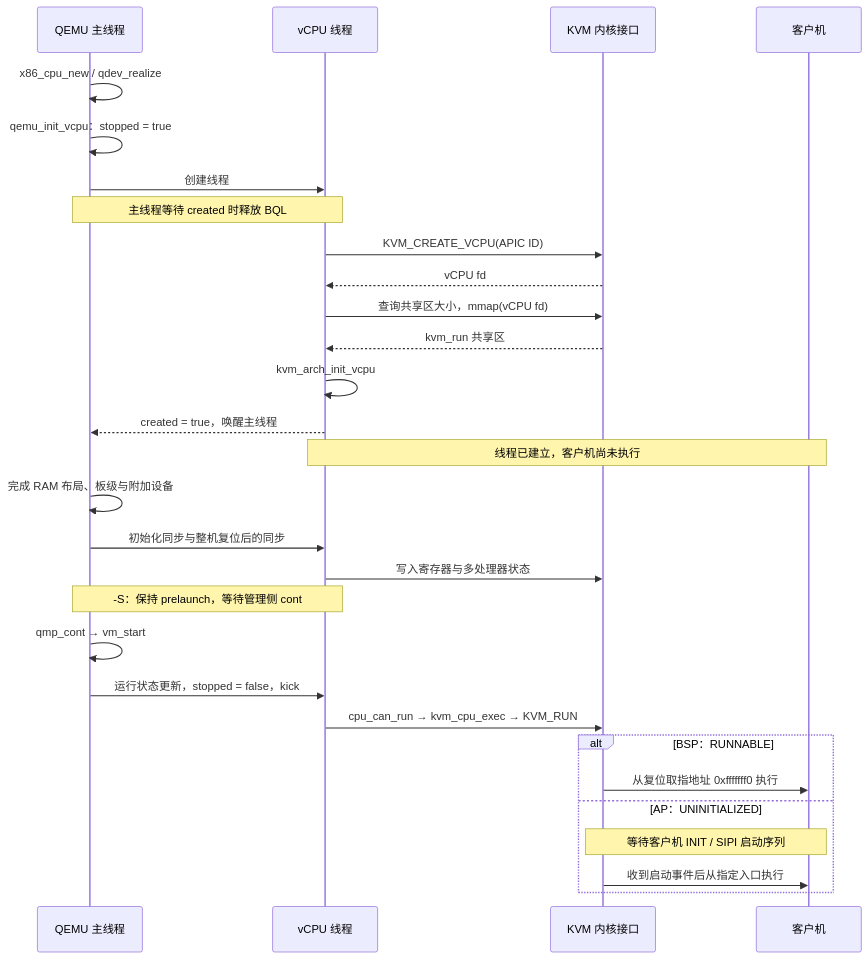
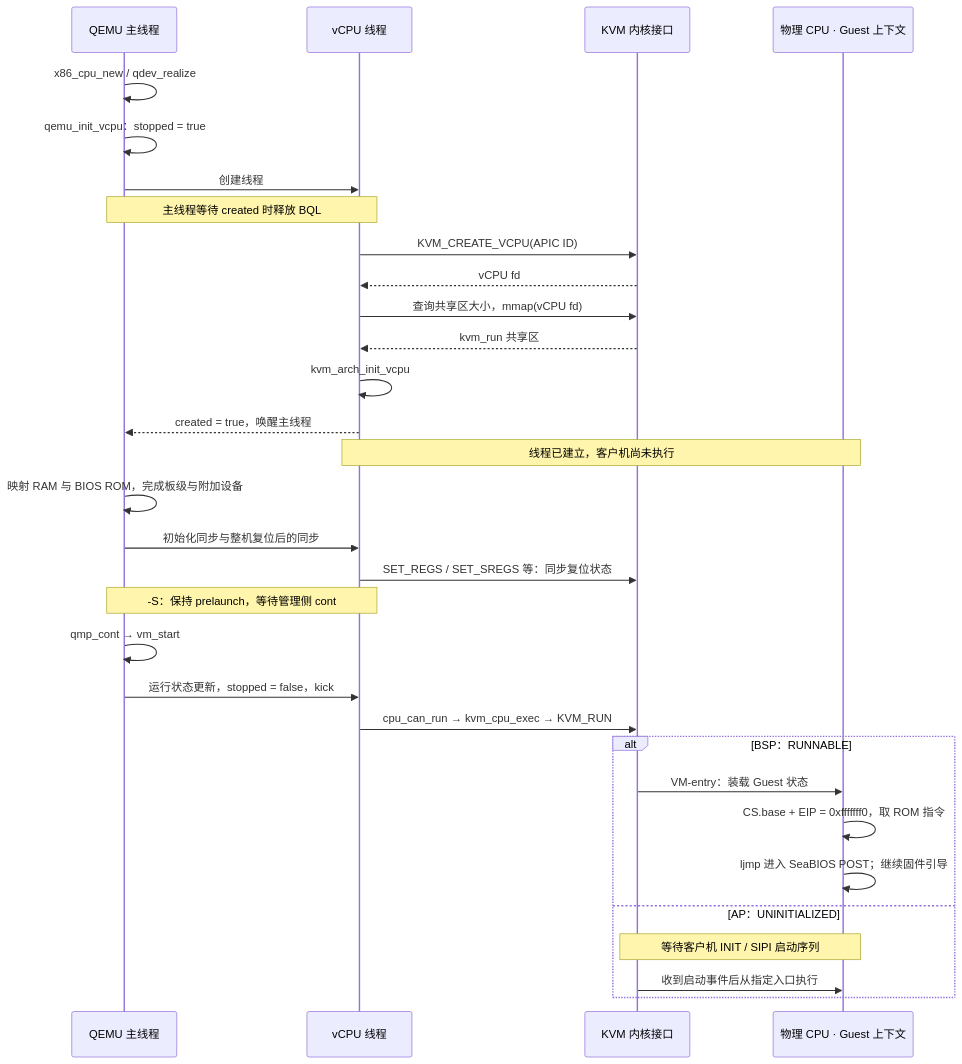
Before and after one commit to taifuer/virt_report: the diagram in virt_report/content/diagrams/qemu-startup-vcpu.mmd, drawn with Mermaid. The commit also changed 181 other files, not shown here.

```diff
--- a/virt_report/content/diagrams/qemu-startup-vcpu.mmd
+++ b/virt_report/content/diagrams/qemu-startup-vcpu.mmd
@@ -1,31 +1,33 @@
 sequenceDiagram
   accTitle: vCPU 创建握手与首次执行
-  accDescr: 主线程创建 CPU 对象并等待 vCPU 线程建立内核接口。线程完成 KVM_CREATE_VCPU 与 kvm_run 映射后报告 created，保持 stopped。机器初始化、复位和寄存器同步完成，cont 才允许执行；BSP 执行固件，AP 等待 INIT 和 SIPI。
+  accDescr: 主线程创建 CPU 对象并等待 vCPU 线程建立内核接口。机器初始化映射 BIOS ROM，复位状态经 KVM_SET_REGS 与 KVM_SET_SREGS 同步；cont 后 vCPU 宿主线程进入 KVM_RUN，物理 CPU 经 VM-entry 执行 Guest。BSP 在 0xfffffff0 取出固件远跳转，AP 等待 INIT 和 SIPI。
   participant Q as QEMU 主线程
   participant V as vCPU 线程
   participant K as KVM 内核接口
-  participant G as 客户机
+  participant G as 物理 CPU · Guest 上下文
   Q->>Q: x86_cpu_new / qdev_realize
   Q->>Q: qemu_init_vcpu：stopped = true
   Q->>V: 创建线程
   Note over Q,V: 主线程等待 created 时释放 BQL
   V->>K: KVM_CREATE_VCPU(APIC ID)
   K-->>V: vCPU fd
   V->>K: 查询共享区大小，mmap(vCPU fd)
   K-->>V: kvm_run 共享区
   V->>V: kvm_arch_init_vcpu
   V-->>Q: created = true，唤醒主线程
   Note over V,G: 线程已建立，客户机尚未执行
-  Q->>Q: 完成 RAM 布局、板级与附加设备
+  Q->>Q: 映射 RAM 与 BIOS ROM，完成板级与附加设备
   Q->>V: 初始化同步与整机复位后的同步
-  V->>K: 写入寄存器与多处理器状态
+  V->>K: SET_REGS / SET_SREGS 等：同步复位状态
   Note over Q,V: -S：保持 prelaunch，等待管理侧 cont
   Q->>Q: qmp_cont → vm_start
   Q->>V: 运行状态更新，stopped = false，kick
   V->>K: cpu_can_run → kvm_cpu_exec → KVM_RUN
   alt BSP：RUNNABLE
-    K->>G: 从复位取指地址 0xfffffff0 执行
+    K->>G: VM-entry：装载 Guest 状态
+    G->>G: CS.base + EIP = 0xfffffff0，取 ROM 指令
+    G->>G: ljmp 进入 SeaBIOS POST；继续固件引导
   else AP：UNINITIALIZED
     Note over K,G: 等待客户机 INIT / SIPI 启动序列
     K->>G: 收到启动事件后从指定入口执行
   end
```
